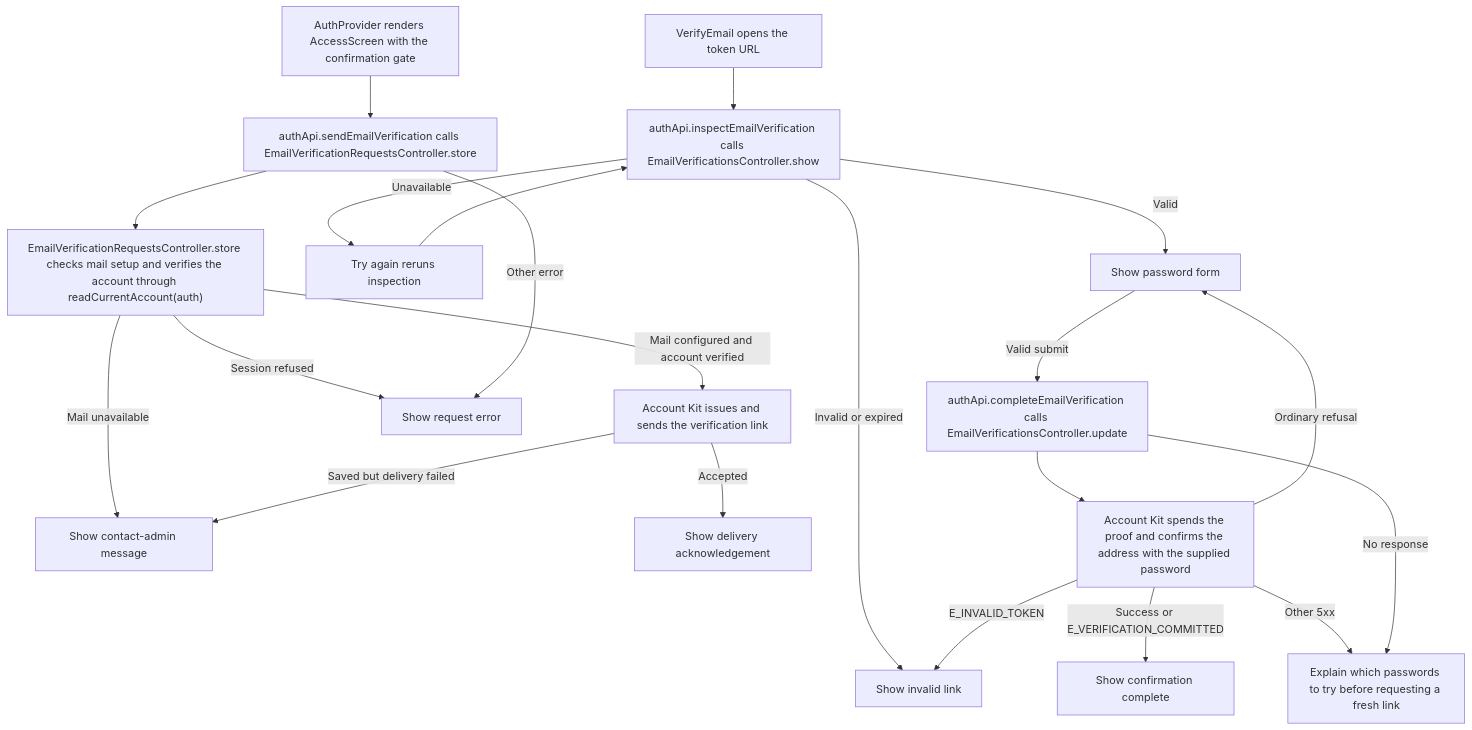
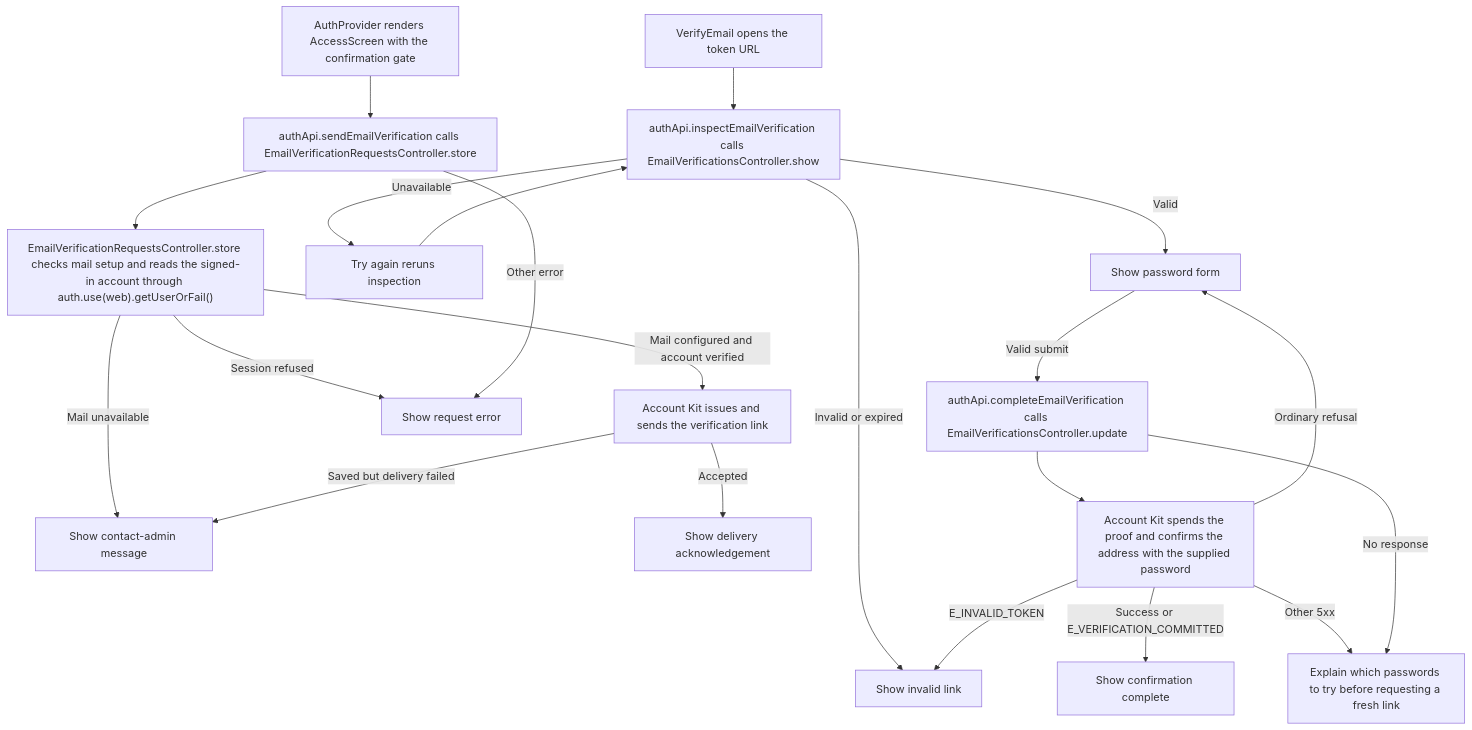
The second of 2 diagrams in user-stories/account/US-ACCOUNT-07-confirm-email.md (Kevinjohn/capacitylens), drawn with Mermaid before and after one commit. The commit also changed other lines of this file and 50 other files, not shown here.

````diff
--- a/user-stories/account/US-ACCOUNT-07-confirm-email.md
+++ b/user-stories/account/US-ACCOUNT-07-confirm-email.md
@@ -35,23 +35,23 @@
 ```mermaid
 flowchart TD
   gate["AuthProvider renders AccessScreen with the confirmation gate"] --> send["authApi.sendEmailVerification calls EmailVerificationRequestsController.store"]
-  send --> check["EmailVerificationRequestsController.store checks mail setup and verifies the account through readCurrentAccount(auth)"]
+  send --> check["EmailVerificationRequestsController.store checks mail setup and reads the signed-in account through auth.use(web).getUserOrFail()"]
   check -->|Mail configured and account verified| kitMail["Account Kit issues and sends the verification link"]
   check -->|Mail unavailable| admin
   check -->|Session refused| sendError
   kitMail -->|Accepted| sent["Show delivery acknowledgement"]
   kitMail -->|Saved but delivery failed| admin["Show contact-admin message"]
   send -->|Other error| sendError["Show request error"]
   link["VerifyEmail opens the token URL"] --> inspect["authApi.inspectEmailVerification calls EmailVerificationsController.show"]
   inspect -->|Unavailable| retry["Try again reruns inspection"]
   retry --> inspect
   inspect -->|Invalid or expired| invalid["Show invalid link"]
   inspect -->|Valid| form["Show password form"]
   form -->|Valid submit| complete["authApi.completeEmailVerification calls EmailVerificationsController.update"]
   complete --> kit["Account Kit spends the proof and confirms the address with the supplied password"]
   kit -->|Success or E_VERIFICATION_COMMITTED| done["Show confirmation complete"]
   kit -->|E_INVALID_TOKEN| invalid
   kit -->|Ordinary refusal| form
   kit -->|Other 5xx| uncertain["Explain which passwords to try before requesting a fresh link"]
   complete -->|No response| uncertain
 ```
````
